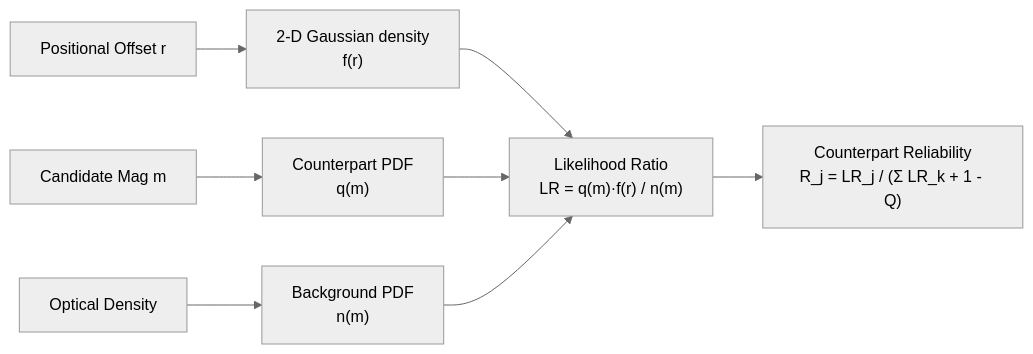
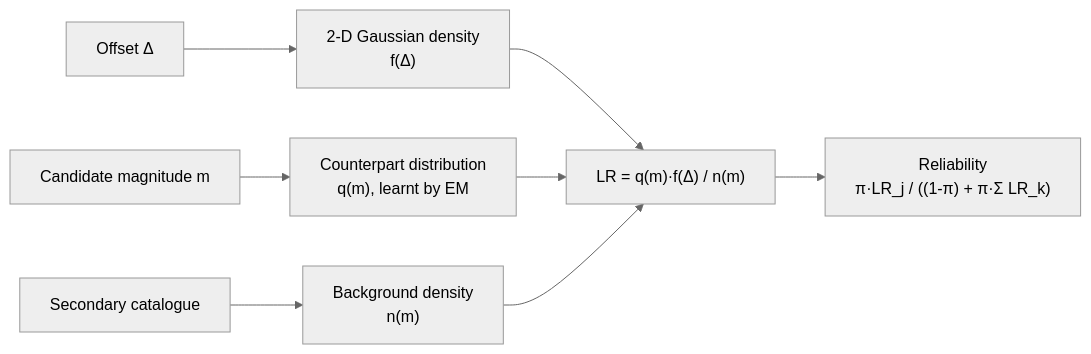
The second of 5 diagrams in docs/algorithms.md (astroai/xmatcher), drawn with Mermaid (neutral theme) before and after one commit. The commit also changed other lines of this file and 14 other files, not shown here.

````diff
--- a/docs/algorithms.md
+++ b/docs/algorithms.md
@@ -344,10 +254,10 @@
 ```mermaid
 flowchart LR
-    A["Positional Offset r"] --> B["2-D Gaussian density<br/>f(r)"]
-    C["Candidate Mag m"] --> D["Counterpart PDF<br/>q(m)"]
-    E["Optical Density"] --> F["Background PDF<br/>n(m)"]
-    B --> G["Likelihood Ratio<br/>LR = q(m)·f(r) / n(m)"]
+    A["Offset Δ"] --> B["2-D Gaussian density<br/>f(Δ)"]
+    C["Candidate magnitude m"] --> D["Counterpart distribution<br/>q(m), learnt by EM"]
+    E["Secondary catalogue"] --> F["Background density<br/>n(m)"]
+    B --> G["LR = q(m)·f(Δ) / n(m)"]
     D --> G
     F --> G
-    G --> H["Counterpart Reliability<br/>R_j = LR_j / (&Sigma; LR_k + 1 - Q)"]
+    G --> H["Reliability<br/>π·LR_j / ((1-π) + π·Σ LR_k)"]
 ```
````
